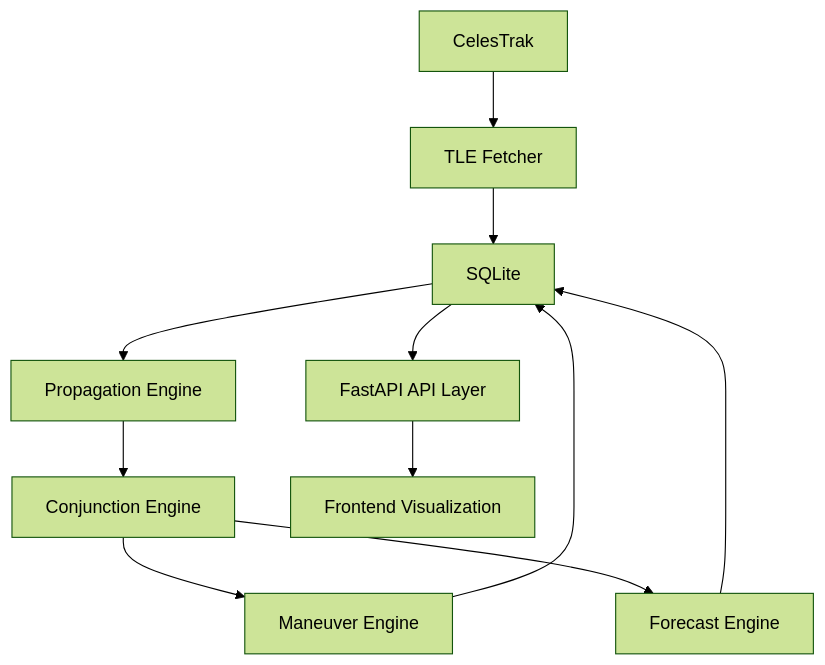
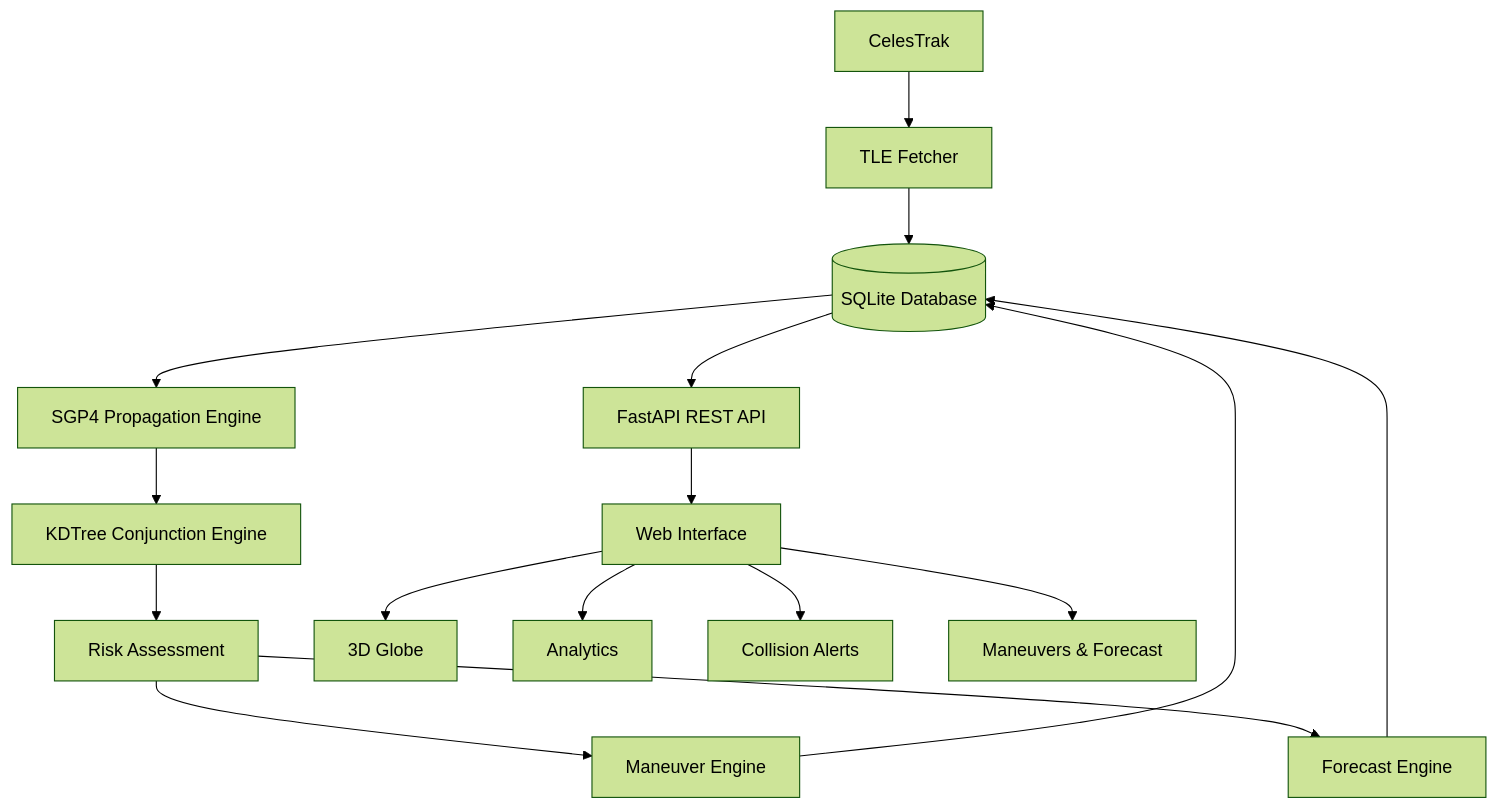
One commit to ssr0231/OrbitWatcher changed the diagram in README.md. Above: the diagram before and after it, drawn with Mermaid (forest theme). The commit also changed other lines of this file, not shown here.

Commit message:
Phase 5: Update README with setup, deployment, API, and project documentation

````diff
--- a/README.md
+++ b/README.md
@@ -48,13 +218,23 @@
 ```mermaid
 flowchart TD
     A[CelesTrak] --> B[TLE Fetcher]
-    B --> C[SQLite]
-    C --> D[Propagation Engine]
-    D --> E[Conjunction Engine]
-    E --> F[Maneuver Engine]
-    E --> G[Forecast Engine]
-    F --> C
+    B --> C[(SQLite Database)]
+
+    C --> D[SGP4 Propagation Engine]
+    D --> E[KDTree Conjunction Engine]
+
+    E --> F[Risk Assessment]
+    F --> G[Maneuver Engine]
+    F --> H[Forecast Engine]
+
     G --> C
-    C --> H[FastAPI API Layer]
-    H --> I[Frontend Visualization]
+    H --> C
+
+    C --> I[FastAPI REST API]
+    I --> J[Web Interface]
+
+    J --> K[3D Globe]
+    J --> L[Analytics]
+    J --> M[Collision Alerts]
+    J --> N[Maneuvers & Forecast]
 ```
````
